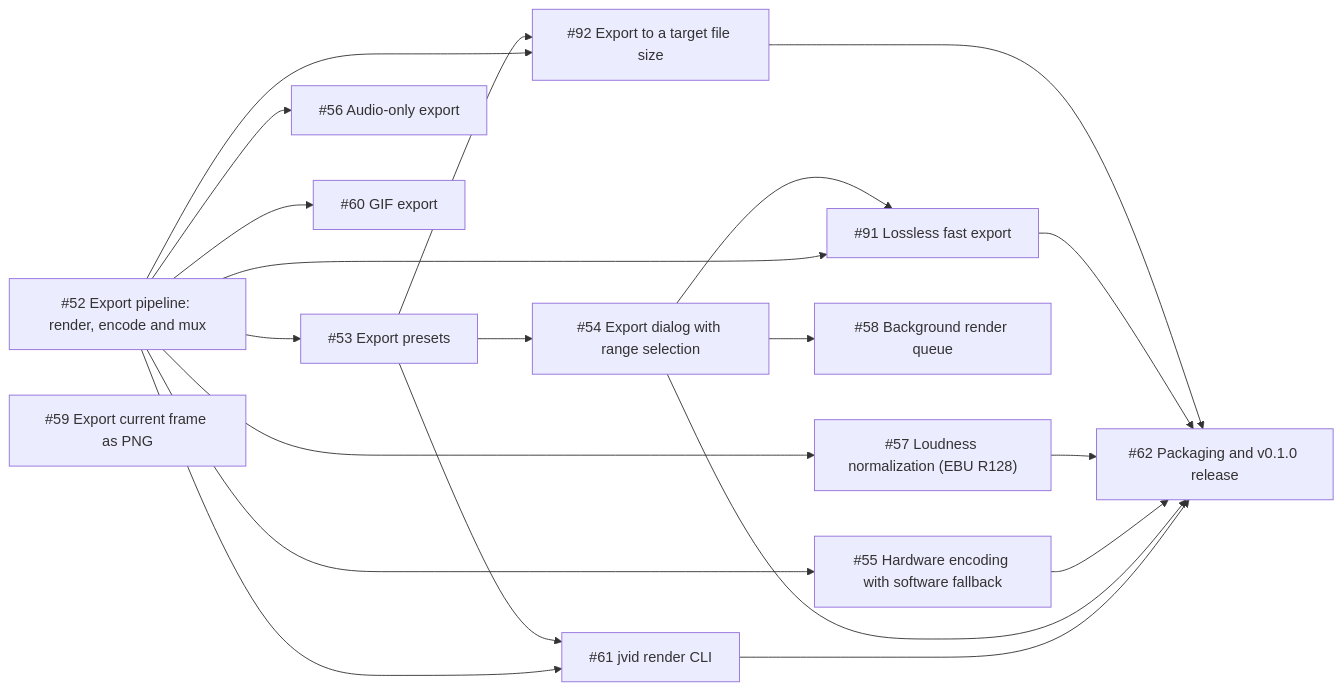
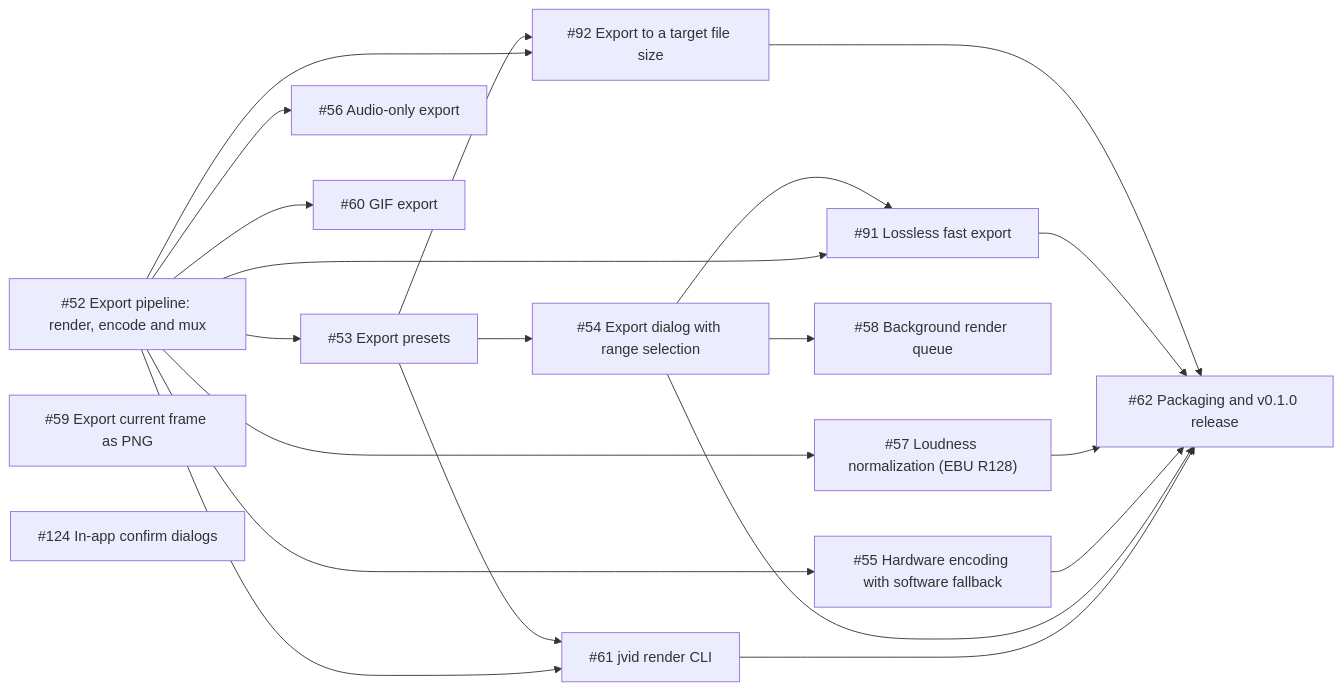
Before and after one commit to jarradbanks/jvid: the fifth of 7 diagrams in docs/ROADMAP.md, drawn with Mermaid. The commit also changed other lines of this file and 2 other files, not shown here.

Commit message:
Roadmap: in-app dialogs into v0.1.0 (owner)

````diff
--- a/docs/ROADMAP.md
+++ b/docs/ROADMAP.md
@@ -297,35 +297,36 @@
 ```mermaid
 flowchart LR
   encode["#35;52 Export pipeline: render, encode and mux"]
   presets["#35;53 Export presets"]
   export_dialog["#35;54 Export dialog with range selection"]
   hw_encode["#35;55 Hardware encoding with software fallback"]
   audio_export["#35;56 Audio-only export"]
   loudness["#35;57 Loudness normalization (EBU R128)"]
   queue["#35;58 Background render queue"]
   frame_png["#35;59 Export current frame as PNG"]
   gif["#35;60 GIF export"]
   lossless_export["#35;91 Lossless fast export"]
   target_size["#35;92 Export to a target file size"]
   cli["#35;61 jvid render CLI"]
   release["#35;62 Packaging and v0.1.0 release"]
+  in_app_dialogs["#35;124 In-app confirm dialogs"]
   encode --> presets
   presets --> export_dialog
   encode --> hw_encode
   encode --> audio_export
   encode --> loudness
   export_dialog --> queue
   encode --> gif
   encode --> lossless_export
   export_dialog --> lossless_export
   encode --> target_size
   presets --> target_size
   encode --> cli
   presets --> cli
   cli --> release
   export_dialog --> release
   hw_encode --> release
   loudness --> release
   lossless_export --> release
   target_size --> release
 ```
````
